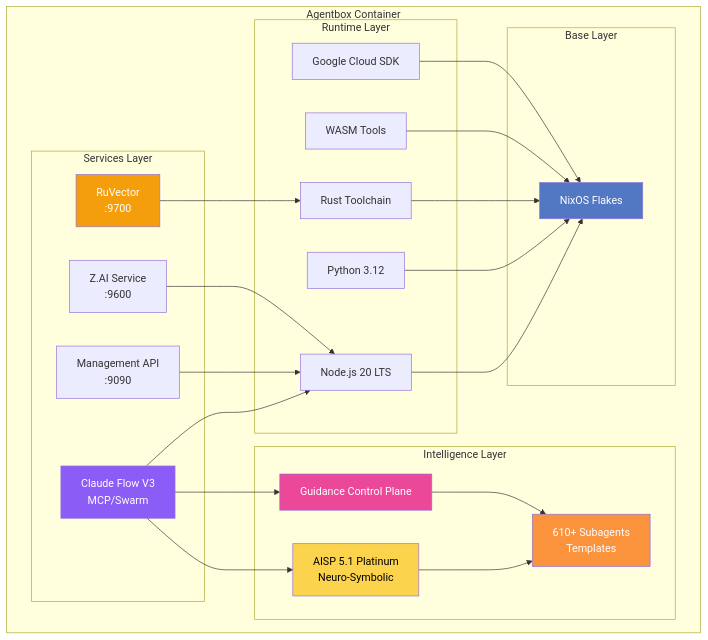
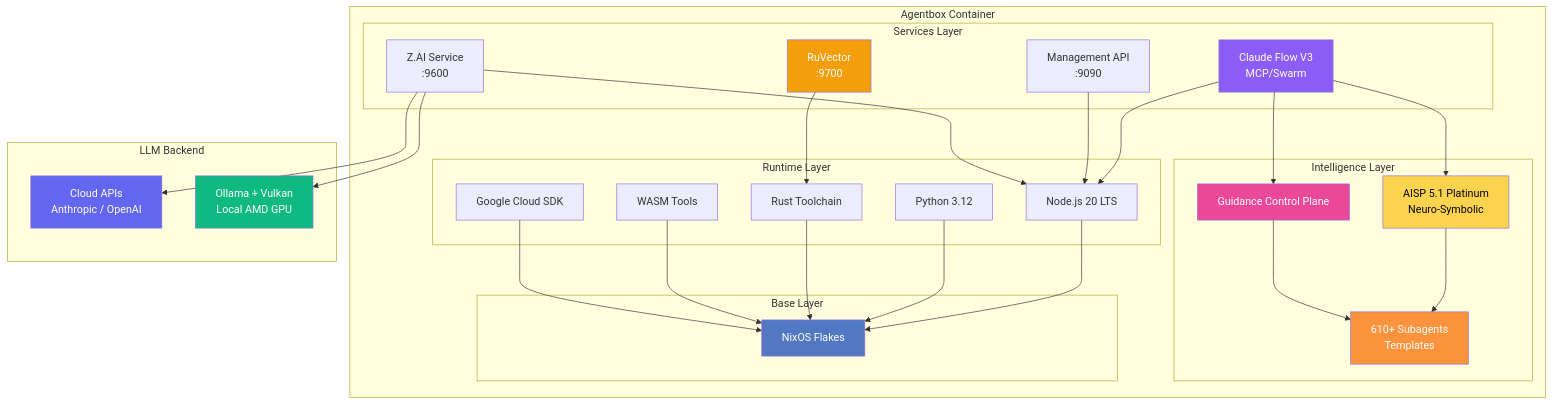
Before and after one commit to DreamLab-AI/agentbox: the second of 9 diagrams in README.md, drawn with Mermaid. The commit also changed other lines of this file and 5 other files, not shown here.

First line of the commit message:
Add local AMD GPU inference via Ollama Vulkan, document deployment modes

````diff
--- a/README.md
+++ b/README.md
@@ -53,52 +235,62 @@
 ```mermaid
 graph TB
     subgraph "Agentbox Container"
         subgraph "Services Layer"
             CF[Claude Flow V3<br/>MCP/Swarm]
             MA[Management API<br/>:9090]
             ZAI[Z.AI Service<br/>:9600]
             RV[RuVector<br/>:9700]
         end
 
         subgraph "Runtime Layer"
             NODE[Node.js 20 LTS]
             PY[Python 3.12]
             RUST[Rust Toolchain]
             WASM[WASM Tools]
             GCLOUD[Google Cloud SDK]
         end
 
         subgraph "Intelligence Layer"
             AISP[AISP 5.1 Platinum<br/>Neuro-Symbolic]
             AGENTS[610+ Subagents<br/>Templates]
             GCP[Guidance Control Plane]
         end
 
         subgraph "Base Layer"
             NIX[NixOS Flakes]
         end
     end
 
+    subgraph "LLM Backend"
+        CLOUD[Cloud APIs<br/>Anthropic / OpenAI]
+        OLLAMA[Ollama + Vulkan<br/>Local AMD GPU]
+    end
+
     CF --> NODE
     MA --> NODE
     ZAI --> NODE
     RV --> RUST
 
     CF --> GCP
     CF --> AISP
     AISP --> AGENTS
     GCP --> AGENTS
 
     NODE --> NIX
     PY --> NIX
     RUST --> NIX
     WASM --> NIX
     GCLOUD --> NIX
 
+    ZAI --> CLOUD
+    ZAI --> OLLAMA
+
     style CF fill:#8b5cf6,color:#fff
     style RV fill:#f59e0b,color:#fff
     style GCP fill:#ec4899,color:#fff
     style AISP fill:#fcd34d,color:#000
     style AGENTS fill:#fb923c,color:#fff
     style NIX fill:#5277c3,color:#fff
+    style OLLAMA fill:#10b981,color:#fff
+    style CLOUD fill:#6366f1,color:#fff
 ```
````
